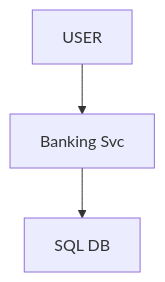
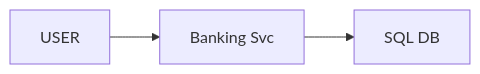
The first of 13 diagrams in 04_HLD/SYSTEM_DESIGNS/13_banking_system/13_banking_system.md (ArpanMaheshwari144/Prep), drawn with Mermaid before and after one commit. The commit also changed other lines of this file and 2 other files, not shown here.

Commit message:
docs, kafka, banking: one-day story, short cards, follow-ups with rules, highlighted diagrams

````diff
--- a/04_HLD/SYSTEM_DESIGNS/13_banking_system/13_banking_system.md
+++ b/04_HLD/SYSTEM_DESIGNS/13_banking_system/13_banking_system.md
@@ -64,8 +88,8 @@
 ```mermaid
-flowchart TD
+flowchart LR
     n_USER["USER"]
-    n_Banking_Svc["Banking Svc"]
-    n_SQL_DB["SQL DB"]
-    n_USER --> n_Banking_Svc
-    n_Banking_Svc --> n_SQL_DB
+    n_SVC["Banking Svc"]
+    n_DB["SQL DB"]
+    n_USER --> n_SVC
+    n_SVC --> n_DB
 ```
````
